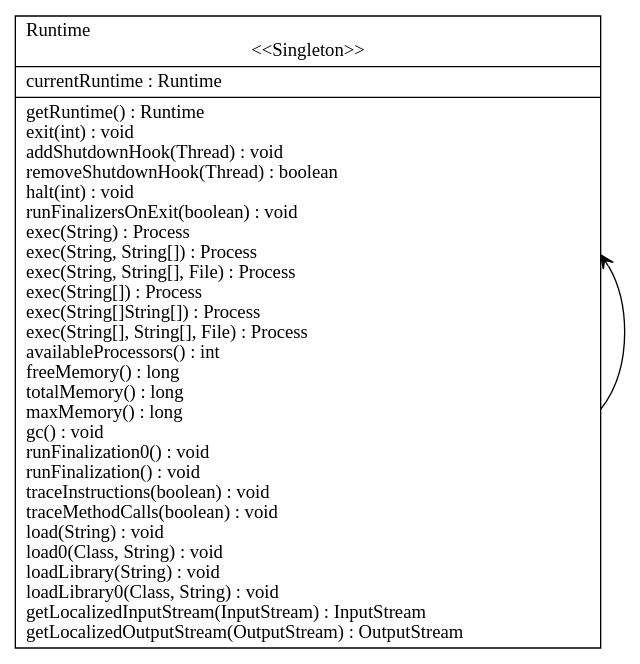
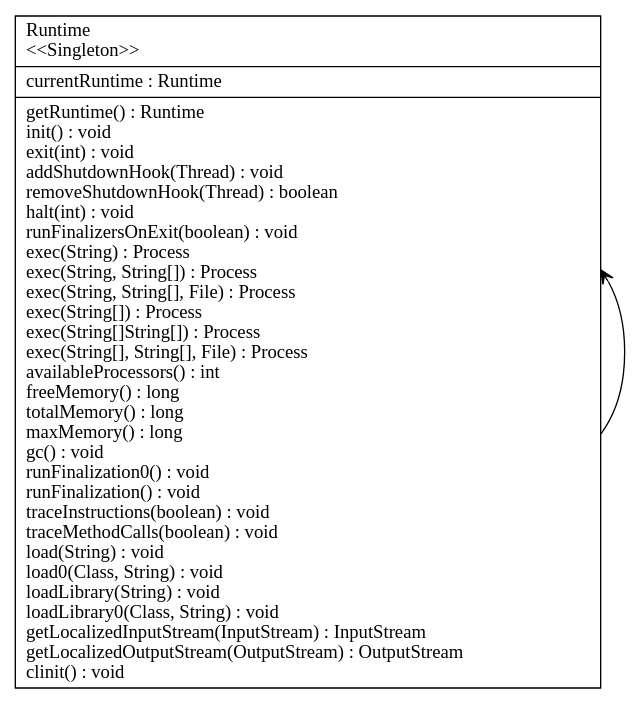
The diagram in input_output/runtime.dot (chinchalupa/CSSE374-Project), drawn with Graphviz before and after one commit. The commit also changed 68 other files, not shown here.

```diff
--- a/input_output/runtime.dot
+++ b/input_output/runtime.dot
@@ -1,11 +1,11 @@
 digraph G {
 
 fontname = "Bitstream Vera Sans"
 fontsize = 8
 rankdir=BT
 
-node [shape = "record" outlineColor = "#000077"]
-ClassTRuntime [label = "{Runtime\l\<\<Singleton\>\>|currentRuntime : Runtime\l|getRuntime() : Runtime\lexit(int) : void\laddShutdownHook(Thread) : void\lremoveShutdownHook(Thread) : boolean\lhalt(int) : void\lrunFinalizersOnExit(boolean) : void\lexec(String) : Process\lexec(String, String[]) : Process\lexec(String, String[], File) : Process\lexec(String[]) : Process\lexec(String[]String[]) : Process\lexec(String[], String[], File) : Process\lavailableProcessors() : int\lfreeMemory() : long\ltotalMemory() : long\lmaxMemory() : long\lgc() : void\lrunFinalization0() : void\lrunFinalization() : void\ltraceInstructions(boolean) : void\ltraceMethodCalls(boolean) : void\lload(String) : void\lload0(Class, String) : void\lloadLibrary(String) : void\lloadLibrary0(Class, String) : void\lgetLocalizedInputStream(InputStream) : InputStream\lgetLocalizedOutputStream(OutputStream) : OutputStream\l}"]
-edge [arrowhead = "vee" style = "solid" ]
+node [shape = "record" color = "#000000" fillcolor = "#0000ff" style=""]
+ClassTRuntime [label = "{Runtime\l\<\<Singleton\>\>\l|currentRuntime : Runtime\l|getRuntime() : Runtime\linit() : void\lexit(int) : void\laddShutdownHook(Thread) : void\lremoveShutdownHook(Thread) : boolean\lhalt(int) : void\lrunFinalizersOnExit(boolean) : void\lexec(String) : Process\lexec(String, String[]) : Process\lexec(String, String[], File) : Process\lexec(String[]) : Process\lexec(String[]String[]) : Process\lexec(String[], String[], File) : Process\lavailableProcessors() : int\lfreeMemory() : long\ltotalMemory() : long\lmaxMemory() : long\lgc() : void\lrunFinalization0() : void\lrunFinalization() : void\ltraceInstructions(boolean) : void\ltraceMethodCalls(boolean) : void\lload(String) : void\lload0(Class, String) : void\lloadLibrary(String) : void\lloadLibrary0(Class, String) : void\lgetLocalizedInputStream(InputStream) : InputStream\lgetLocalizedOutputStream(OutputStream) : OutputStream\lclinit() : void\l}"]
+edge [arrowhead = "vee" style = "solid" label = ""]
 ClassTRuntime -> ClassTRuntime
 }
```
